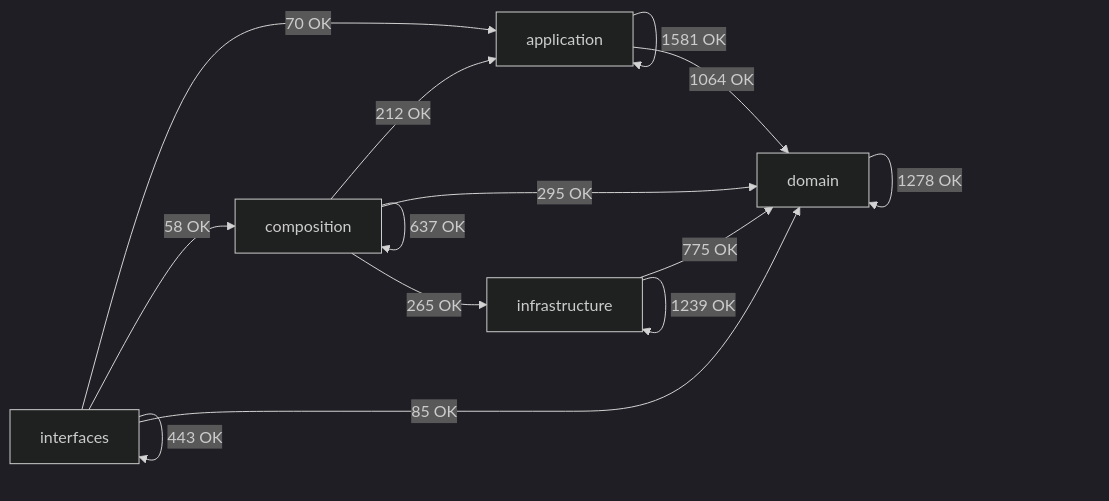
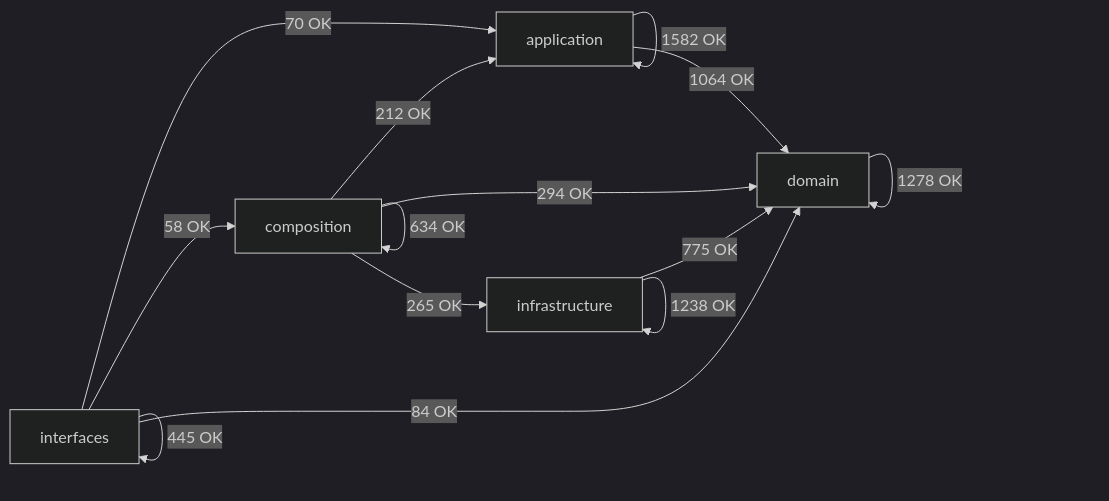
The diagram in docs/02-architecture/generated/module-dependency-map.md (SatoryKono/BioactivityDataAcquisition), drawn with Mermaid (dark theme) before and after one commit. The commit also changed other lines of this file and 25 other files, not shown here.

Commit message:
fix(architecture): complete local acceptance contracts for six issue closeout

````diff
--- a/docs/02-architecture/generated/module-dependency-map.md
+++ b/docs/02-architecture/generated/module-dependency-map.md
@@ -17,21 +17,21 @@
 ```mermaid
 flowchart LR
     domain[domain]
     application[application]
     infrastructure[infrastructure]
     composition[composition]
     interfaces[interfaces]
-    application -->|1581 OK| application
+    application -->|1582 OK| application
     application -->|1064 OK| domain
     composition -->|212 OK| application
-    composition -->|637 OK| composition
-    composition -->|295 OK| domain
+    composition -->|634 OK| composition
+    composition -->|294 OK| domain
     composition -->|265 OK| infrastructure
     domain -->|1278 OK| domain
     infrastructure -->|775 OK| domain
-    infrastructure -->|1239 OK| infrastructure
+    infrastructure -->|1238 OK| infrastructure
     interfaces -->|70 OK| application
     interfaces -->|58 OK| composition
-    interfaces -->|85 OK| domain
-    interfaces -->|443 OK| interfaces
+    interfaces -->|84 OK| domain
+    interfaces -->|445 OK| interfaces
 ```
````
